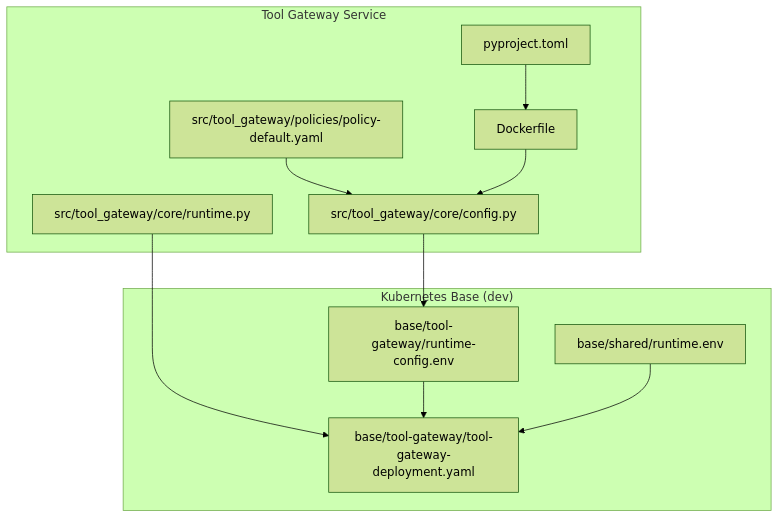
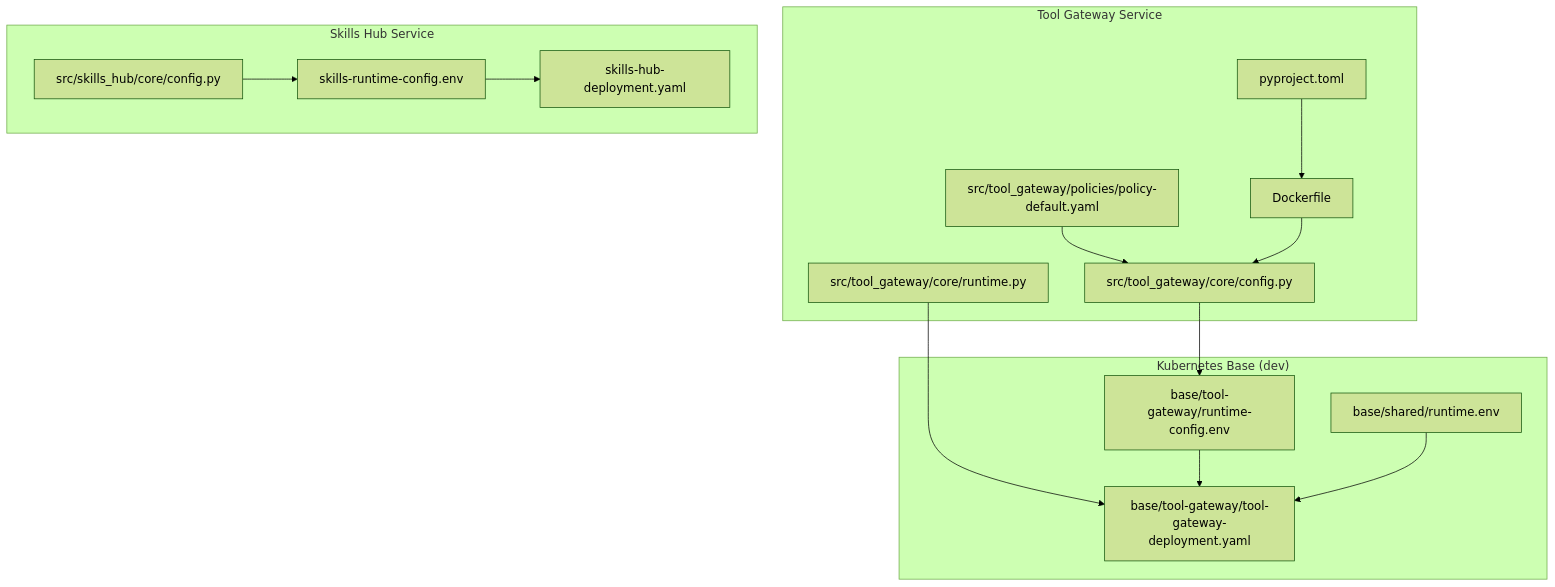
Before and after one commit to metasync/luban-aiops: the first of 11 diagrams in .qoder/repowiki/en/content/Tool Gateway Service/Configuration and Environment Setup.md, drawn with Mermaid (forest theme). The commit also changed other lines of this file and 64 other files, not shown here.

Commit message:
docs: refresh repowiki knowledge cache for SPEC-014 skills hub

````diff
--- a/.qoder/repowiki/en/content/Tool Gateway Service/Configuration and Environment Setup.md
+++ b/.qoder/repowiki/en/content/Tool Gateway Service/Configuration and Environment Setup.md
@@ -43,22 +46,29 @@
 ```mermaid
 graph TB
 subgraph "Tool Gateway Service"
 A["src/tool_gateway/core/config.py"]
 B["src/tool_gateway/core/runtime.py"]
 C["src/tool_gateway/policies/policy-default.yaml"]
 D["Dockerfile"]
 E["pyproject.toml"]
 end
+subgraph "Skills Hub Service"
+F["src/skills_hub/core/config.py"]
+G["skills-runtime-config.env"]
+H["skills-hub-deployment.yaml"]
+end
 subgraph "Kubernetes Base (dev)"
-F["base/tool-gateway/runtime-config.env"]
-G["base/tool-gateway/tool-gateway-deployment.yaml"]
-H["base/shared/runtime.env"]
+I["base/tool-gateway/runtime-config.env"]
+J["base/tool-gateway/tool-gateway-deployment.yaml"]
+K["base/shared/runtime.env"]
 end
-A --> F
-B --> G
-F --> G
-H --> G
+A --> I
+B --> J
+I --> J
+K --> J
 C --> A
 D --> A
 E --> D
+F --> G
+G --> H
 ```
````
